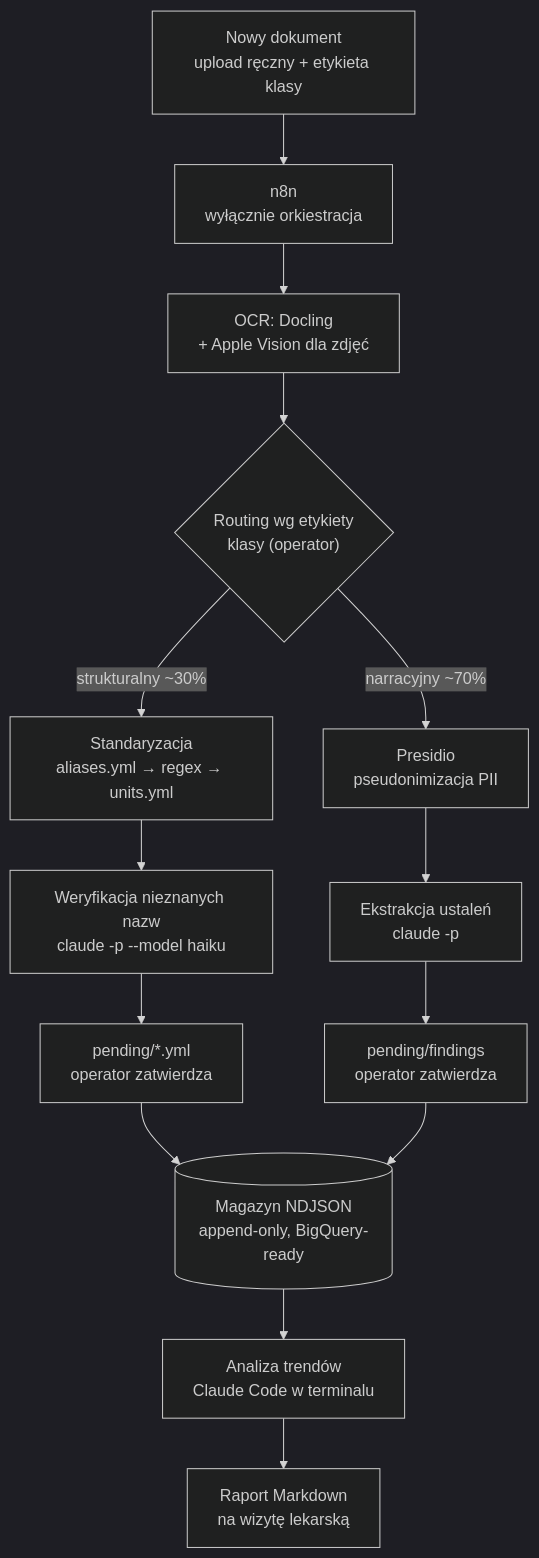
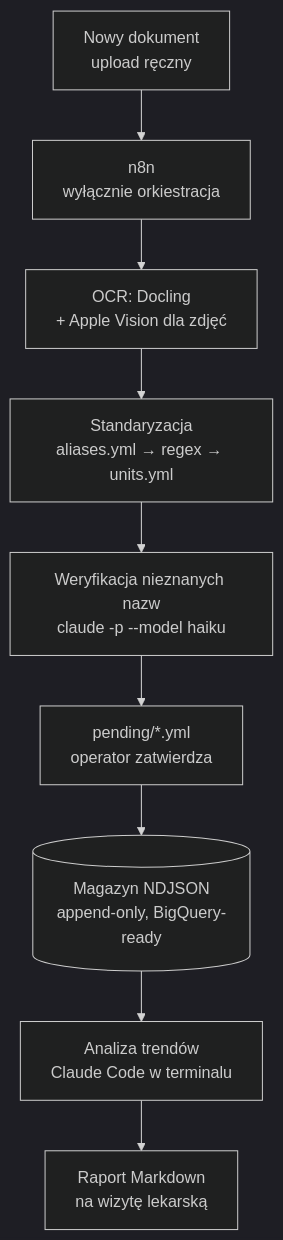
Before and after one commit to pmackowka/document-intelligence-platform: the first of 4 diagrams in docs/roadmap.md, drawn with Mermaid (dark theme). The commit also changed other lines of this file and 14 other files, not shown here.

````diff
--- a/docs/roadmap.md
+++ b/docs/roadmap.md
@@ -17,18 +17,11 @@
 ```mermaid
 flowchart TD
-    IN["Nowy dokument<br>upload ręczny + etykieta klasy"] --> N8N["n8n<br>wyłącznie orkiestracja"]
+    IN["Nowy dokument<br>upload ręczny"] --> N8N["n8n<br>wyłącznie orkiestracja"]
     N8N --> OCR["OCR: Docling<br>+ Apple Vision dla zdjęć"]
-    OCR --> CLS{"Routing wg etykiety<br>klasy (operator)"}
-
-    CLS -->|"strukturalny ~30%"| ST["Standaryzacja<br>aliases.yml → regex → units.yml"]
+    OCR --> ST["Standaryzacja<br>aliases.yml → regex → units.yml"]
     ST --> AV["Weryfikacja nieznanych nazw<br>claude -p --model haiku"]
     AV --> PA["pending/*.yml<br>operator zatwierdza"]
-
-    CLS -->|"narracyjny ~70%"| PR["Presidio<br>pseudonimizacja PII"]
-    PR --> EX["Ekstrakcja ustaleń<br>claude -p"]
-    EX --> PF["pending/findings<br>operator zatwierdza"]
-
-    PA & PF --> D[("Magazyn NDJSON<br>append-only, BigQuery-ready")]
+    PA --> D[("Magazyn NDJSON<br>append-only, BigQuery-ready")]
     D --> AN["Analiza trendów<br>Claude Code w terminalu"]
     AN --> RP["Raport Markdown<br>na wizytę lekarską"]
 ```
````
